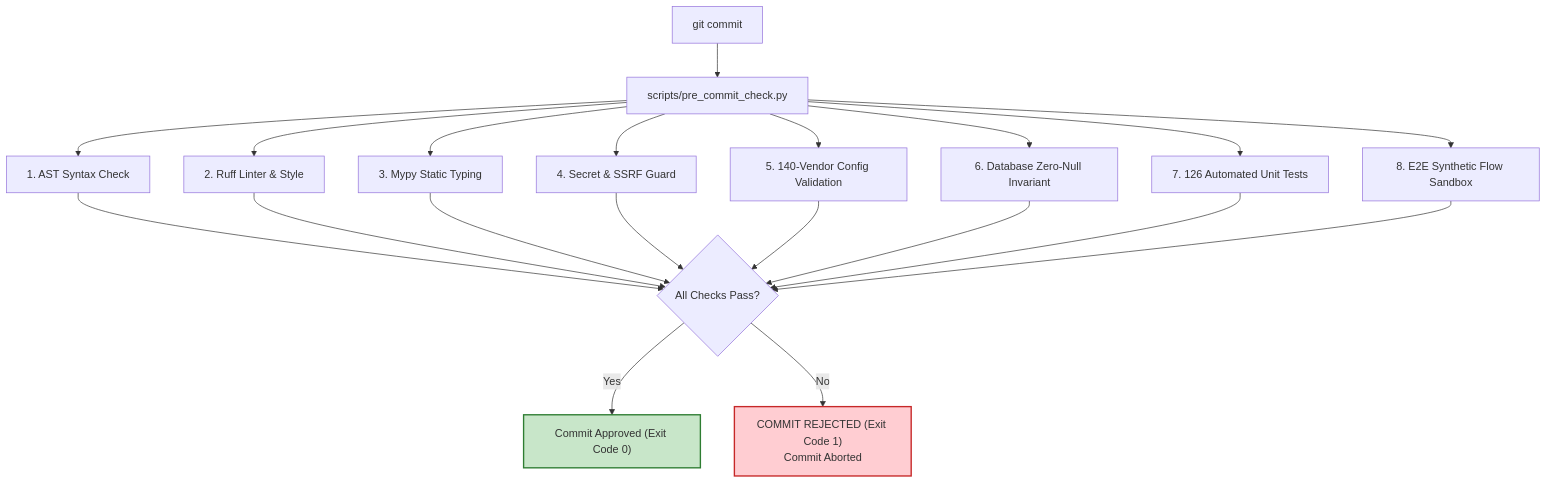
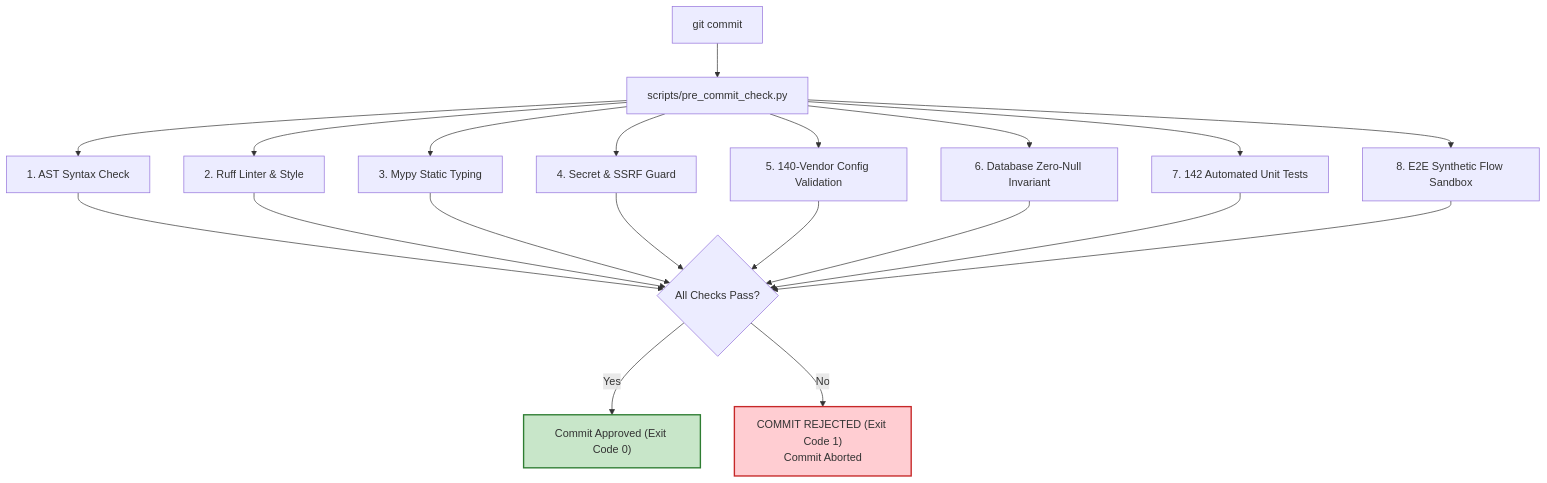
One commit to CHIRAG3899/universal-product-lifecycle-scraper changed the third of 4 diagrams in README.md. Above: the diagram before and after it, drawn with Mermaid. The commit also changed other lines of this file and 2 other files, not shown here.

Commit message:
docs: fix README mermaid diagrams, broken links, model references, and CLI defaults

````diff
--- a/README.md
+++ b/README.md
@@ -161,19 +149,27 @@
 ```mermaid
 graph TD
     Commit["git commit"] --> Gate["scripts/pre_commit_check.py"]
     Gate --> C1["1. AST Syntax Check"]
     Gate --> C2["2. Ruff Linter & Style"]
     Gate --> C3["3. Mypy Static Typing"]
     Gate --> C4["4. Secret & SSRF Guard"]
     Gate --> C5["5. 140-Vendor Config Validation"]
     Gate --> C6["6. Database Zero-Null Invariant"]
-    Gate --> C7["7. 126 Automated Unit Tests"]
+    Gate --> C7["7. 142 Automated Unit Tests"]
     Gate --> C8["8. E2E Synthetic Flow Sandbox"]
 
-    C1 & C2 & C3 & C4 & C5 & C6 & C7 & C8 --> Decision{"All Checks Pass?"}
+    C1 --> Decision{"All Checks Pass?"}
+    C2 --> Decision
+    C3 --> Decision
+    C4 --> Decision
+    C5 --> Decision
+    C6 --> Decision
+    C7 --> Decision
+    C8 --> Decision
+
     Decision -- Yes --> Pass["Commit Approved (Exit Code 0)"]
     Decision -- No --> Fail["COMMIT REJECTED (Exit Code 1)<br/>Commit Aborted"]
 
     style Pass fill:#c8e6c9,stroke:#2e7d32,stroke-width:2px;
     style Fail fill:#ffcdd2,stroke:#c62828,stroke-width:2px;
 ```
````
